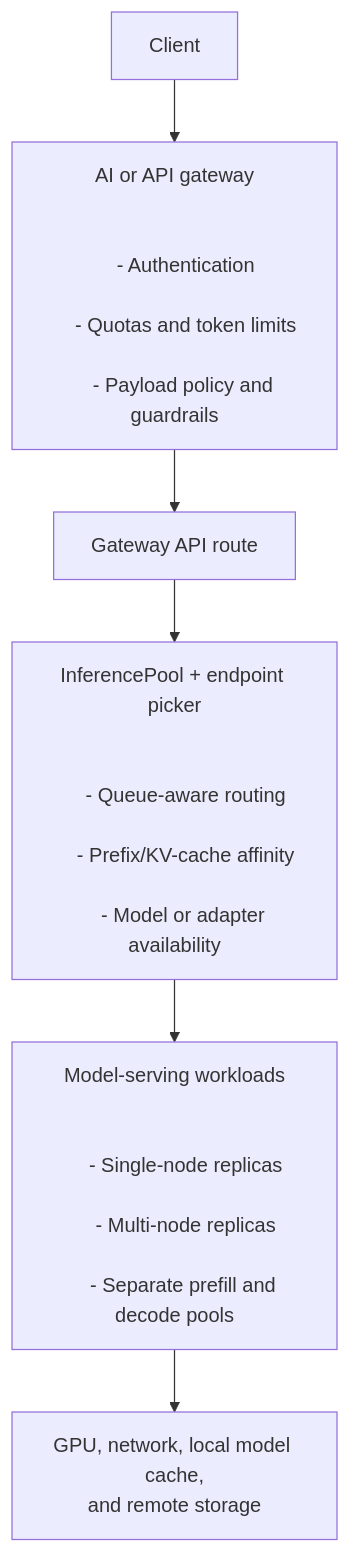
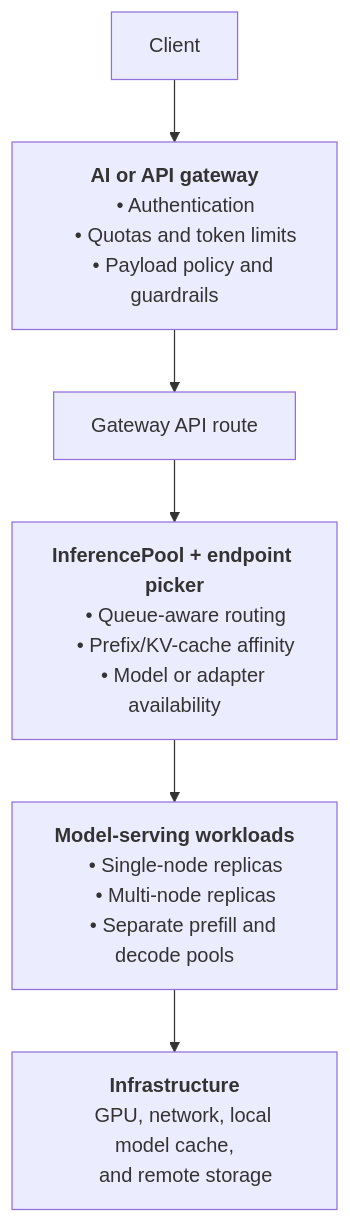
One commit to akrisanov/akrisanov.github.io changed the first of 3 diagrams in content/kubernetes-model-serving-in-2026.md. Above: the diagram before and after it, drawn with Mermaid. The commit also changed other lines of this file and 7 other files, not shown here.

Commit message:
chore(ux): make tables, TOC, and Mermaid diagrams look nicer

````diff
--- a/content/kubernetes-model-serving-in-2026.md
+++ b/content/kubernetes-model-serving-in-2026.md
@@ -75,29 +79,35 @@
 ```mermaid
 flowchart TD
     Client["Client"]
 
-    Gateway["AI or API gateway<br/><br/>
-    - Authentication<br/>
-    - Quotas and token limits<br/>
-    - Payload policy and guardrails"]
+    Gateway["`**AI or API gateway**
+
+    • Authentication
+    • Quotas and token limits
+    • Payload policy and guardrails`"]
 
     Route["Gateway API route"]
 
-    InferencePool["InferencePool + endpoint picker<br/><br/>
-    - Queue-aware routing<br/>
-    - Prefix/KV-cache affinity<br/>
-    - Model or adapter availability"]
+    InferencePool["`**InferencePool + endpoint picker**
 
-    Workloads["Model-serving workloads<br/><br/>
-    - Single-node replicas<br/>
-    - Multi-node replicas<br/>
-    - Separate prefill and decode pools"]
+    • Queue-aware routing
+    • Prefix/KV-cache affinity
+    • Model or adapter availability`"]
 
-    Infrastructure["GPU, network, local model cache,<br/>and remote storage"]
+    Workloads["`**Model-serving workloads**
+
+    • Single-node replicas
+    • Multi-node replicas
+    • Separate prefill and decode pools`"]
+
+    Infrastructure["`**Infrastructure**
+
+    GPU, network, local model cache,
+    and remote storage`"]
 
     Client --> Gateway
     Gateway --> Route
     Route --> InferencePool
     InferencePool --> Workloads
     Workloads --> Infrastructure
 ```
````
